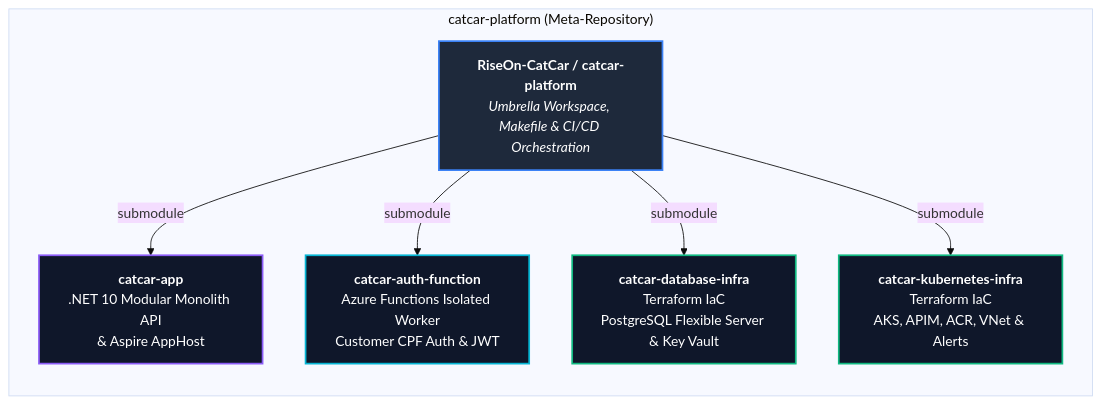
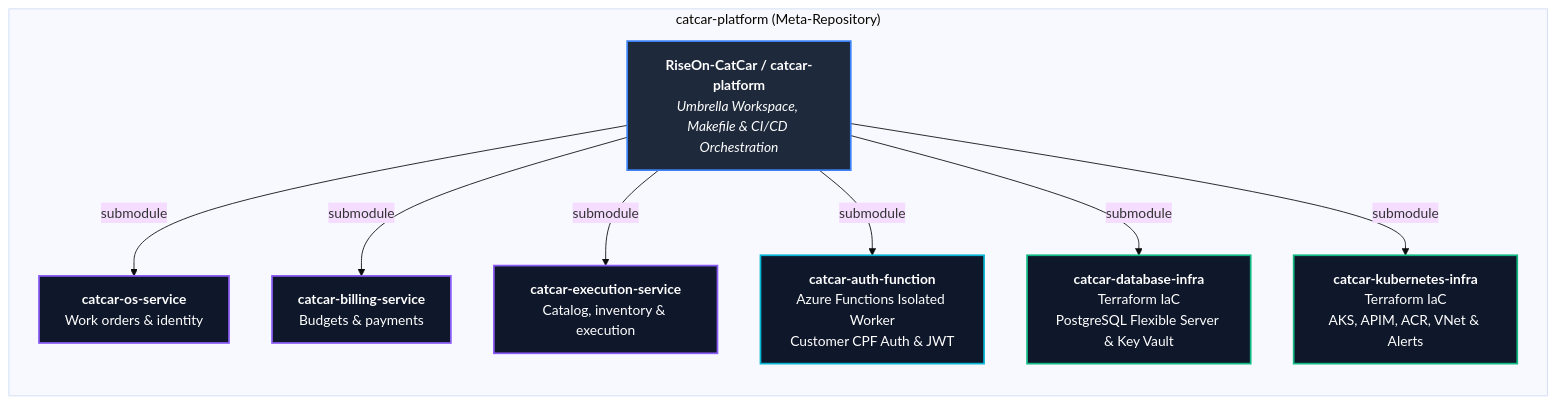
The first of 3 diagrams in README.md (RiseOn-CatCar/catcar-platform), drawn with Mermaid (base theme) before and after one commit. The commit also changed other lines of this file and 6 other files, not shown here.

````diff
--- a/README.md
+++ b/README.md
@@ -34,22 +34,26 @@
 ```mermaid
 flowchart TD
     classDef meta fill:#1e293b,stroke:#3b82f6,stroke-width:2px,color:#fff;
     classDef app fill:#0f172a,stroke:#8b5cf6,stroke-width:2px,color:#fff;
     classDef fn fill:#0f172a,stroke:#06b6d4,stroke-width:2px,color:#fff;
     classDef infra fill:#0f172a,stroke:#10b981,stroke-width:2px,color:#fff;
 
     subgraph MetaRepo["catcar-platform (Meta-Repository)"]
         direction TB
         RootNode["<b>RiseOn-CatCar / catcar-platform</b><br/><i>Umbrella Workspace, Makefile & CI/CD Orchestration</i>"]:::meta
 
-        AppSub["<b>catcar-app</b><br/>.NET 10 Modular Monolith API<br/>& Aspire AppHost"]:::app
+        AppSub["<b>catcar-os-service</b><br/>Work orders &amp; identity"]:::app
+        BillingSub["<b>catcar-billing-service</b><br/>Budgets &amp; payments"]:::app
+        ExecutionSub["<b>catcar-execution-service</b><br/>Catalog, inventory &amp; execution"]:::app
         AuthSub["<b>catcar-auth-function</b><br/>Azure Functions Isolated Worker<br/>Customer CPF Auth & JWT"]:::fn
         DbSub["<b>catcar-database-infra</b><br/>Terraform IaC<br/>PostgreSQL Flexible Server & Key Vault"]:::infra
         K8sSub["<b>catcar-kubernetes-infra</b><br/>Terraform IaC<br/>AKS, APIM, ACR, VNet & Alerts"]:::infra
 
         RootNode -->|submodule| AppSub
+        RootNode -->|submodule| BillingSub
+        RootNode -->|submodule| ExecutionSub
         RootNode -->|submodule| AuthSub
         RootNode -->|submodule| DbSub
         RootNode -->|submodule| K8sSub
     end
 ```
````
